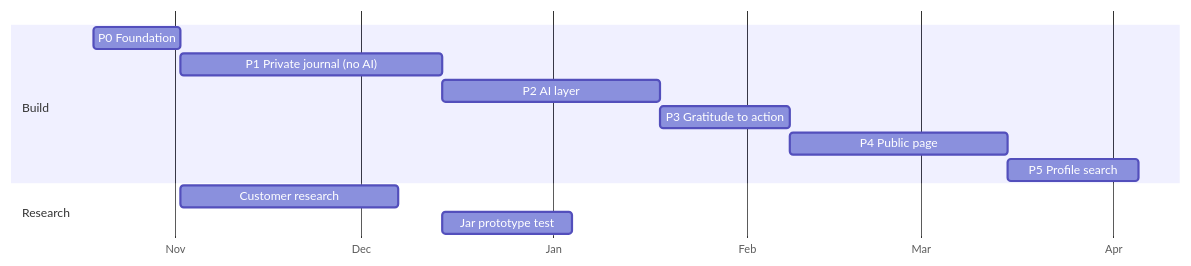
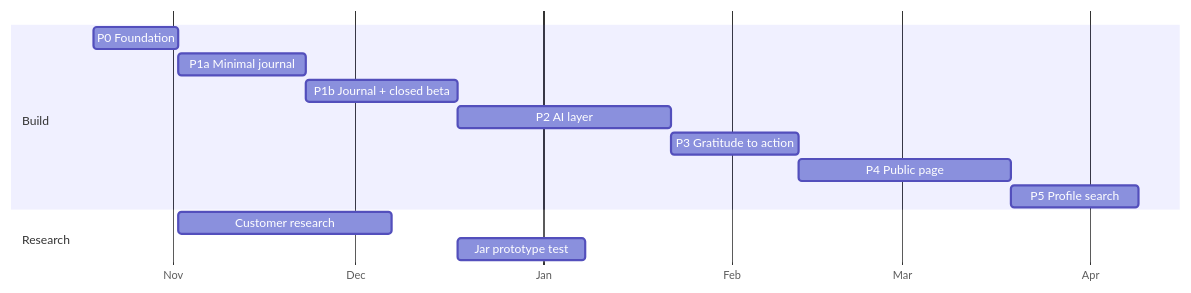
One commit to boris-belyavskiy/jar-of-light changed the diagram in docs/ROADMAP.md. Above: the diagram before and after it, drawn with Mermaid. The commit also changed other lines of this file and 8 other files, not shown here.

````diff
--- a/docs/ROADMAP.md
+++ b/docs/ROADMAP.md
@@ -24,15 +25,16 @@
 ```mermaid
 gantt
   dateFormat YYYY-MM-DD
   axisFormat %b
   section Build
   P0 Foundation             :p0, 2026-10-19, 14d
-  P1 Private journal (no AI):p1, after p0, 42d
+  P1a Minimal journal       :p1a, after p0, 21d
+  P1b Journal + closed beta :p1, after p1a, 25d
   P2 AI layer               :p2, after p1, 35d
   P3 Gratitude to action    :p3, after p2, 21d
   P4 Public page            :p4, after p3, 35d
   P5 Profile search         :p5, after p4, 21d
   section Research
   Customer research         :r1, after p0, 35d
   Jar prototype test        :r2, after p1, 21d
 ```
````
